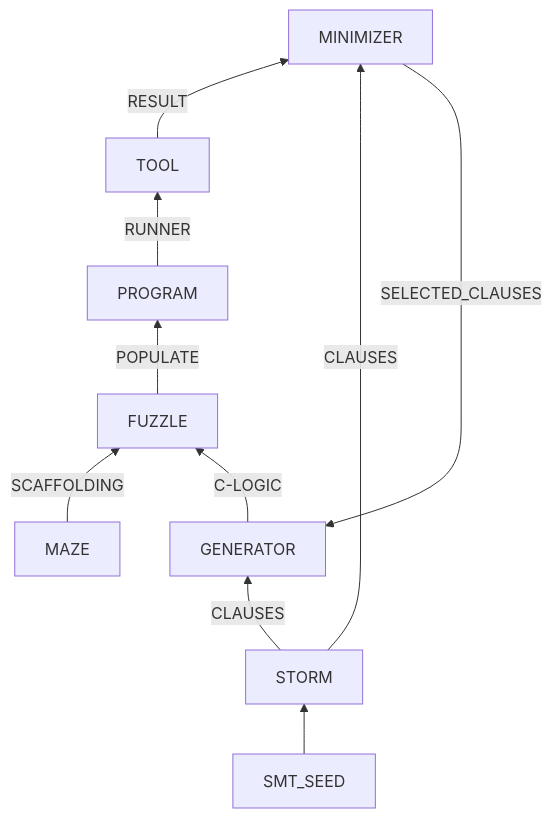
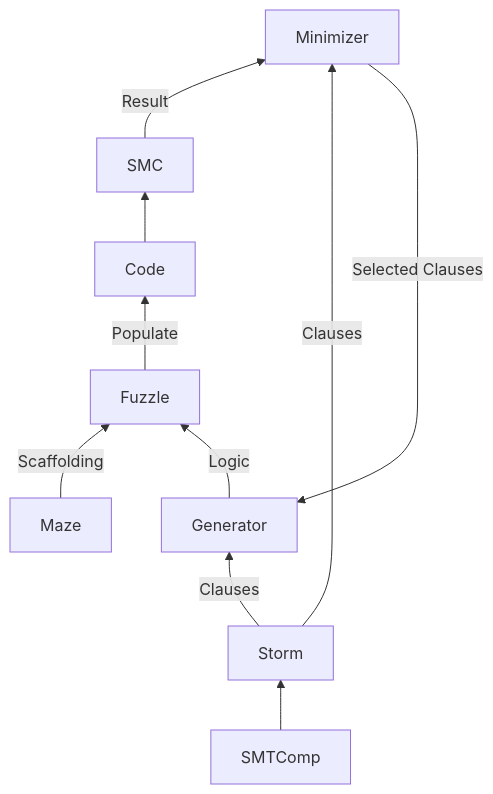
The diagram in README.md (Fleischmaki/Minotaur), drawn with Mermaid before and after one commit. The commit also changed other lines of this file, not shown here.

````diff
--- a/README.md
+++ b/README.md
@@ -34,12 +34,13 @@
 ```mermaid
 flowchart BT
-    SMT_SEED --> STORM
-    STORM --> |CLAUSES| GENERATOR
-    MAZE --> |SCAFFOLDING| FUZZLE
-    GENERATOR --> |C-LOGIC| FUZZLE
-    FUZZLE --> |POPULATE| PROGRAM 
-    PROGRAM --> |RUNNER| TOOL
-    TOOL --> |RESULT| MINIMIZER
-    STORM --> |CLAUSES| MINIMIZER
-    MINIMIZER --> |SELECTED_CLAUSES|GENERATOR
+    SMTComp --> Storm
+    Storm --> |Clauses| Generator
+    Maze --> |Scaffolding| Fuzzle
+    Generator --> |Logic| Fuzzle
+    Fuzzle --> |Populate| Code 
+    Code -->  SMC
+    SMC --> |Result| Minimizer
+    Storm --> |Clauses| Minimizer
+    Minimizer --> | Selected Clauses | Generator
+
 ```
````
